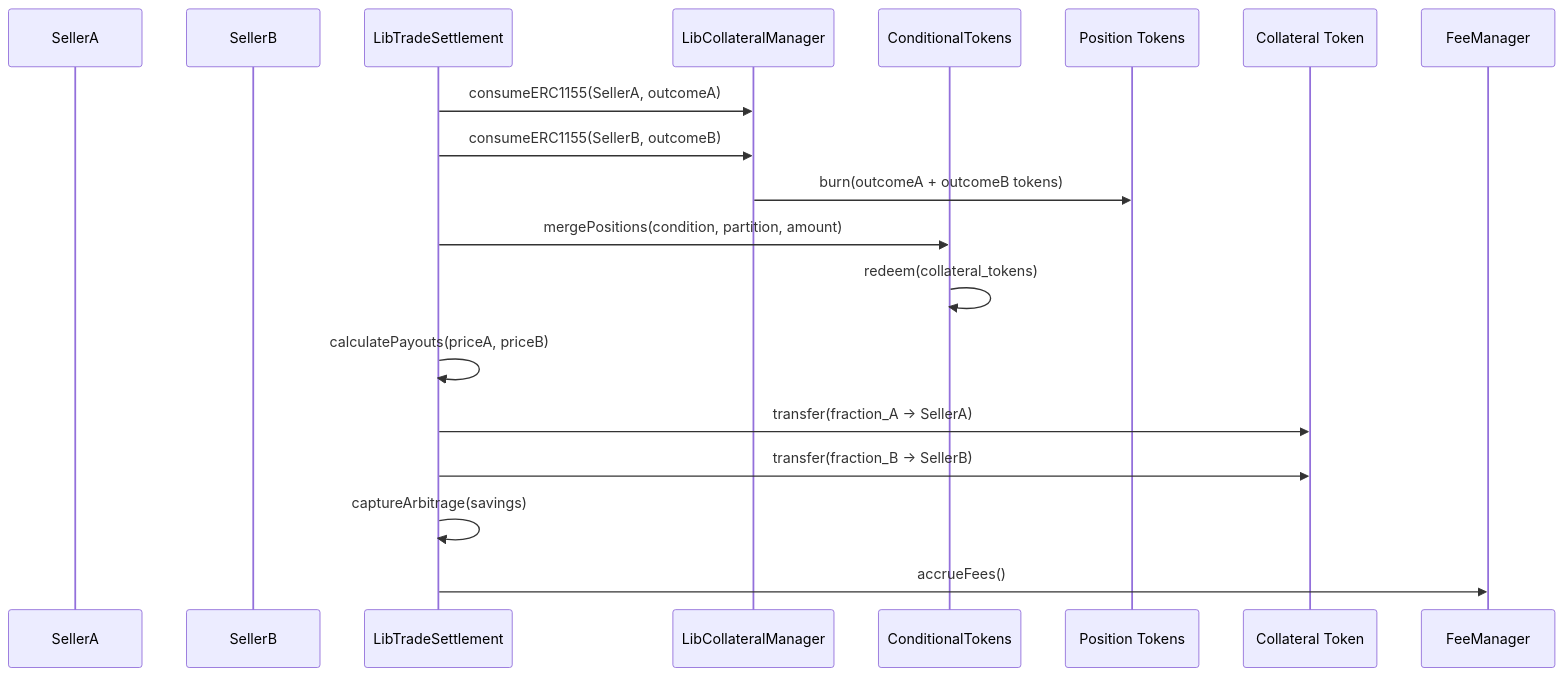
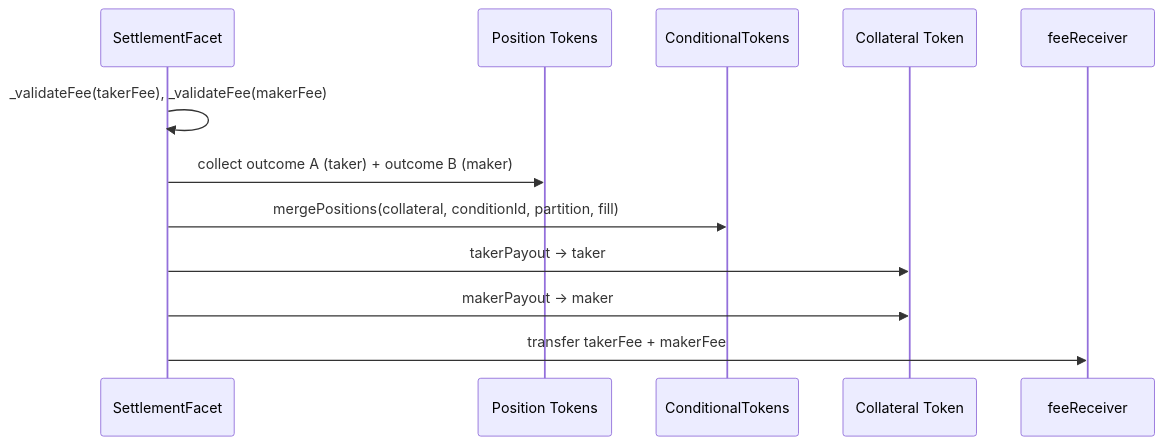
The fourth of 4 diagrams in docs/flows/SETTLEMENT_FLOW.md (Doefin/doefin-v2), drawn with Mermaid before and after one commit. The commit also changed other lines of this file and 8 other files, not shown here.

First line of the commit message:
docs: refresh architecture and flow docs for v3 contract state

````diff
--- a/docs/flows/SETTLEMENT_FLOW.md
+++ b/docs/flows/SETTLEMENT_FLOW.md
@@ -288,24 +154,15 @@
 ```mermaid
 sequenceDiagram
-    participant SellerA
-    participant SellerB  
-    participant Settlement as LibTradeSettlement
-    participant CollateralMgr as LibCollateralManager
+    participant Settlement as SettlementFacet
+    participant ERC1155 as Position Tokens
     participant CTF as ConditionalTokens
-    participant ERC1155 as Position Tokens
     participant ERC20 as Collateral Token
-    
-    Settlement->>CollateralMgr: consumeERC1155(SellerA, outcomeA)
-    Settlement->>CollateralMgr: consumeERC1155(SellerB, outcomeB)
-    CollateralMgr->>ERC1155: burn(outcomeA + outcomeB tokens)
-    
-    Settlement->>CTF: mergePositions(condition, partition, amount)
-    CTF->>CTF: redeem(collateral_tokens)
-    
-    Settlement->>Settlement: calculatePayouts(priceA, priceB)
-    Settlement->>ERC20: transfer(fraction_A → SellerA)
-    Settlement->>ERC20: transfer(fraction_B → SellerB)
-    
-    Settlement->>Settlement: captureArbitrage(savings)
-    Settlement->>FeeManager: accrueFees()
+    participant Fee as feeReceiver
+
+    Settlement->>Settlement: _validateFee(takerFee), _validateFee(makerFee)
+    Settlement->>ERC1155: collect outcome A (taker) + outcome B (maker)
+    Settlement->>CTF: mergePositions(collateral, conditionId, partition, fill)
+    Settlement->>ERC20: takerPayout -> taker
+    Settlement->>ERC20: makerPayout -> maker
+    Settlement->>Fee: transfer takerFee + makerFee
 ```
````
